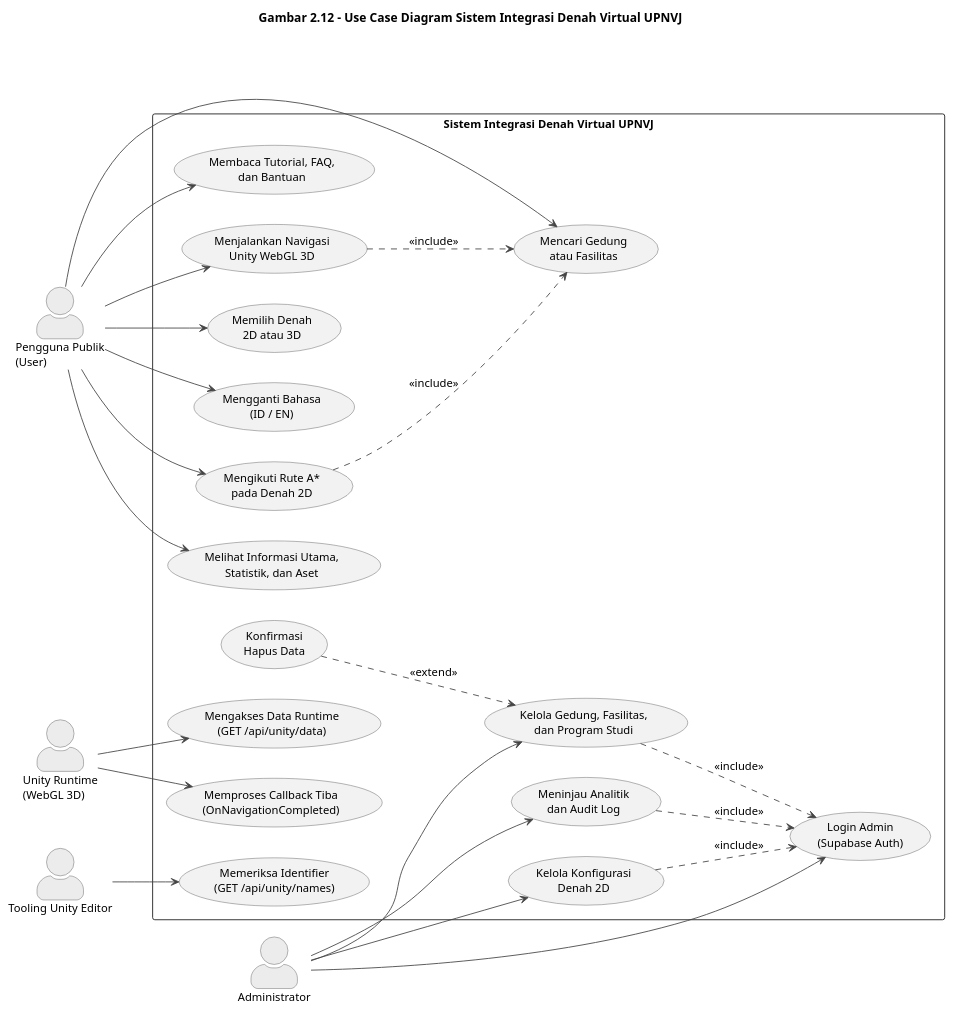
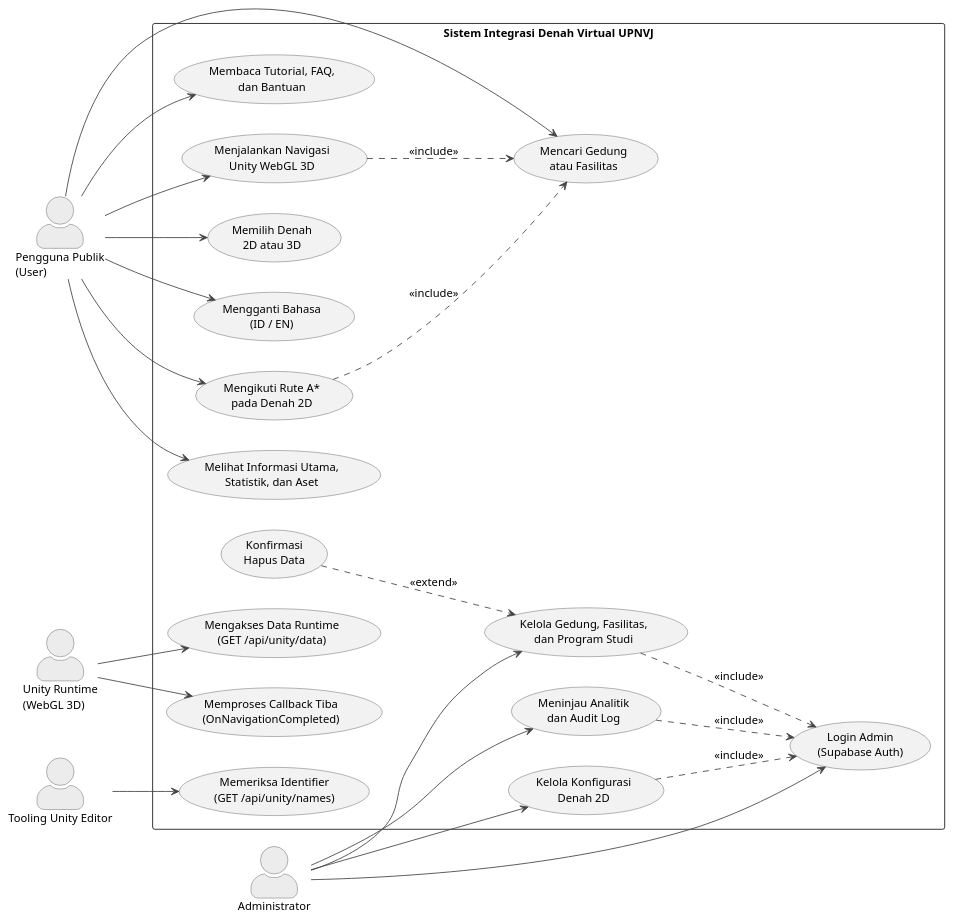
The diagram in diagrams/gambar-2.12-use-case-diagram.puml (Jokskuyy/workflow-ta-proyek), drawn with PlantUML before and after one commit. The commit also changed 52 other files, not shown here.

Commit message:
docs: finalisasi laporan Iman dan diagram UML

```diff
--- a/diagrams/gambar-2.12-use-case-diagram.puml
+++ b/diagrams/gambar-2.12-use-case-diagram.puml
@@ -1,74 +1,73 @@
 @startuml gambar-2-12-use-case-diagram
 ' Gambar 2.12 - Use Case Diagram
 ' Sumber: BAB II - 2.2.1 Kebutuhan Fungsional & 2.3.3 Use Case
 
 skinparam backgroundColor #FFFFFF
 skinparam shadowing false
 skinparam defaultFontName "Segoe UI"
 skinparam defaultFontSize 13
 skinparam ArrowColor #444444
 skinparam actorStyle awesome
 skinparam usecase {
   BackgroundColor #F2F2F2
   BorderColor #555555
   ArrowColor #444444
 }
 skinparam actor {
   BackgroundColor #ECECEC
   BorderColor #555555
 }
 
-title Gambar 2.12 - Use Case Diagram Sistem Integrasi Denah Virtual UPNVJ
 
 left to right direction
 
 actor "Pengguna Publik\n(User)" as User
 actor "Administrator" as Admin
 actor "Unity Runtime\n(WebGL 3D)" as UnityRuntime
 actor "Tooling Unity Editor" as UnityEditor
 
 rectangle "Sistem Integrasi Denah Virtual UPNVJ" {
   usecase "Melihat Informasi Utama,\nStatistik, dan Aset" as UC1
   usecase "Mencari Gedung\natau Fasilitas" as UC2
   usecase "Membaca Tutorial, FAQ,\ndan Bantuan" as UC3
   usecase "Memilih Denah\n2D atau 3D" as UC4
   usecase "Mengikuti Rute A*\npada Denah 2D" as UC5
   usecase "Menjalankan Navigasi\nUnity WebGL 3D" as UC6
   usecase "Mengganti Bahasa\n(ID / EN)" as UC7
 
   usecase "Login Admin\n(Supabase Auth)" as UC8
   usecase "Kelola Gedung, Fasilitas,\ndan Program Studi" as UC9
   usecase "Kelola Konfigurasi\nDenah 2D" as UC10
   usecase "Meninjau Analitik\ndan Audit Log" as UC11
   usecase "Konfirmasi\nHapus Data" as UC12
 
   usecase "Mengakses Data Runtime\n(GET /api/unity/data)" as UC13
   usecase "Memeriksa Identifier\n(GET /api/unity/names)" as UC14
   usecase "Memproses Callback Tiba\n(OnNavigationCompleted)" as UC15
 }
 
 User --> UC1
 User --> UC2
 User --> UC3
 User --> UC4
 User --> UC5
 User --> UC6
 User --> UC7
 
 Admin --> UC8
 Admin --> UC9
 Admin --> UC10
 Admin --> UC11
 
 UC5 ..> UC2 : <<include>>
 UC6 ..> UC2 : <<include>>
 UC9 ..> UC8 : <<include>>
 UC10 ..> UC8 : <<include>>
 UC11 ..> UC8 : <<include>>
 UC12 ..> UC9 : <<extend>>
 
 UnityRuntime --> UC13
 UnityRuntime --> UC15
 UnityEditor --> UC14
 
 @enduml
```
